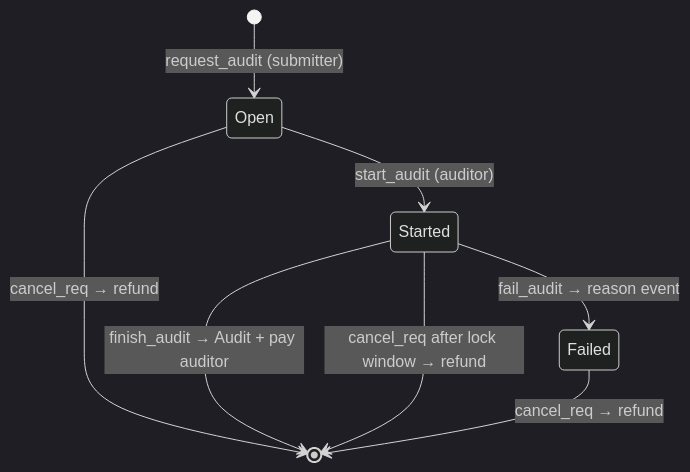
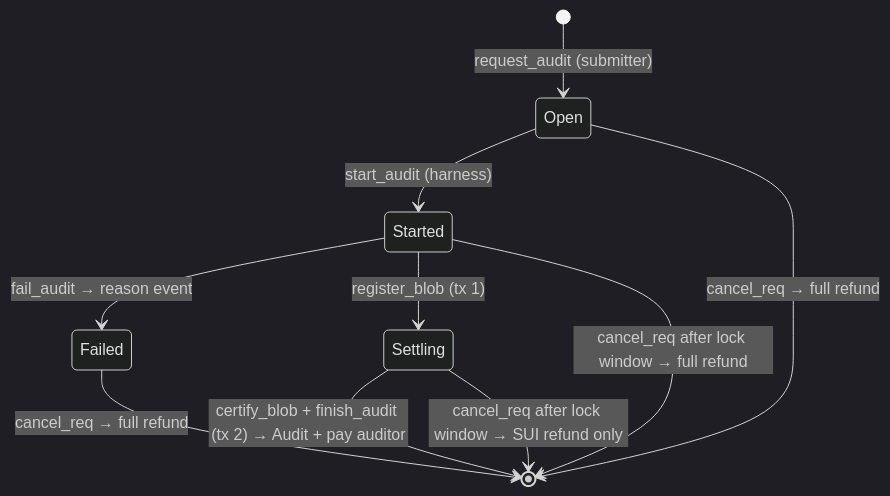
The second of 3 diagrams in claudilus/DESIGN.md (mdgeorge4153/sui-attestation-registry), drawn with Mermaid (dark theme) before and after one commit. The commit also changed other lines of this file, not shown here.

````diff
--- a/claudilus/DESIGN.md
+++ b/claudilus/DESIGN.md
@@ -217,10 +241,12 @@
 ```mermaid
 stateDiagram-v2
     [*] --> Open: request_audit (submitter)
-    Open --> Started: start_audit (auditor)
+    Open --> Started: start_audit (harness)
     Started --> Failed: fail_audit → reason event
-    Open --> [*]: cancel_req → refund
-    Started --> [*]: finish_audit → Audit + pay auditor
-    Started --> [*]: cancel_req after lock window → refund
-    Failed --> [*]: cancel_req → refund
+    Started --> Settling: register_blob (tx 1)
+    Settling --> [*]: certify_blob + finish_audit (tx 2) → Audit + pay auditor
+    Open --> [*]: cancel_req → full refund
+    Started --> [*]: cancel_req after lock window → full refund
+    Failed --> [*]: cancel_req → full refund
+    Settling --> [*]: cancel_req after lock window → SUI refund only
 ```
````
